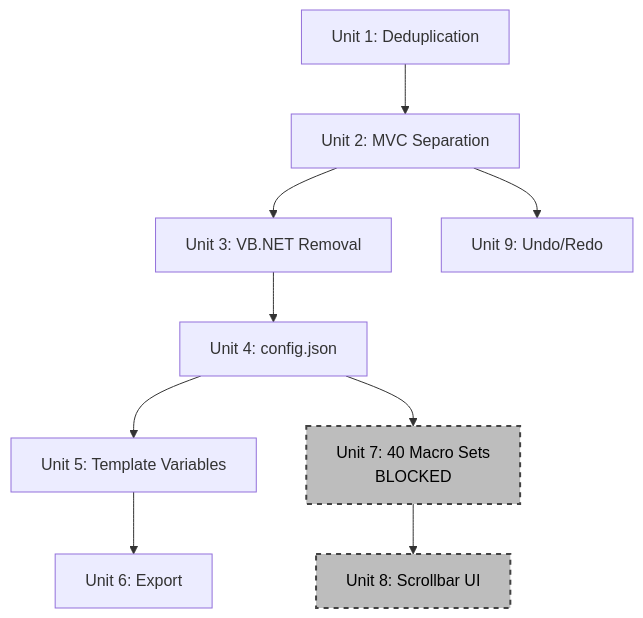
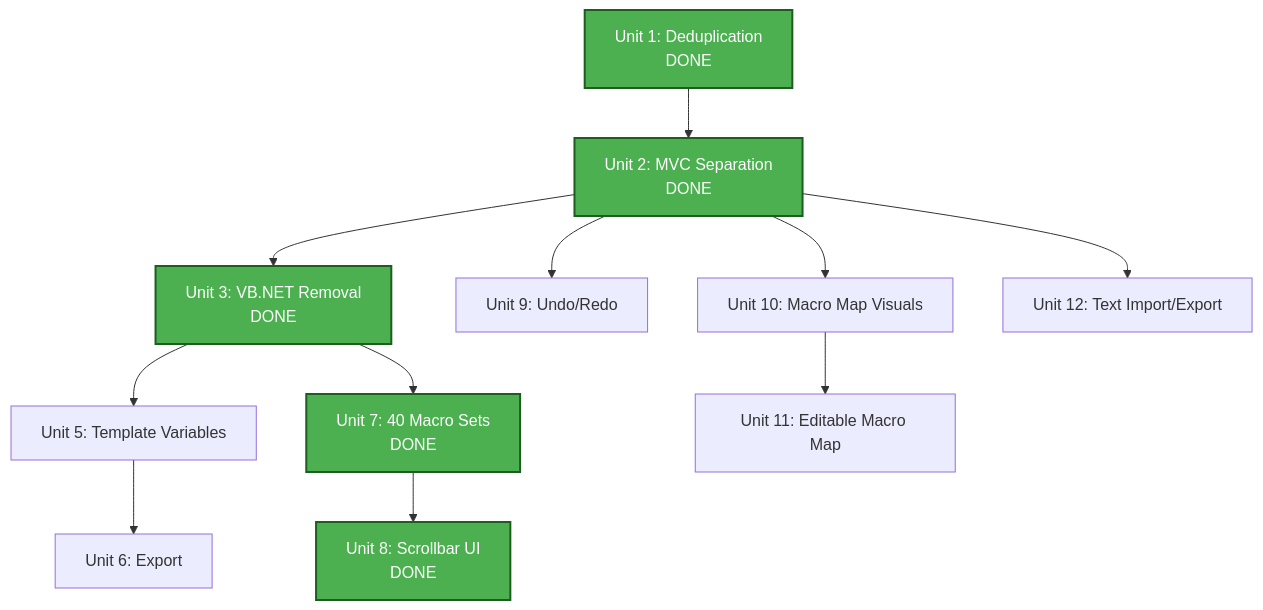
The diagram in aidlc-docs/inception/application-design/unit-of-work-dependency.md (alicestellar/MacroEditor), drawn with Mermaid before and after one commit. The commit also changed other lines of this file and 7 other files, not shown here.

````diff
--- a/aidlc-docs/inception/application-design/unit-of-work-dependency.md
+++ b/aidlc-docs/inception/application-design/unit-of-work-dependency.md
@@ -5,24 +5,31 @@
 ```mermaid
 flowchart TD
-    U1["Unit 1: Deduplication"]
-    U2["Unit 2: MVC Separation"]
-    U3["Unit 3: VB.NET Removal"]
-    U4["Unit 4: config.json"]
+    U1["Unit 1: Deduplication<br/>DONE"]
+    U2["Unit 2: MVC Separation<br/>DONE"]
+    U3["Unit 3: VB.NET Removal<br/>DONE"]
     U5["Unit 5: Template Variables"]
     U6["Unit 6: Export"]
-    U7["Unit 7: 40 Macro Sets<br/>BLOCKED"]
-    U8["Unit 8: Scrollbar UI"]
+    U7["Unit 7: 40 Macro Sets<br/>DONE"]
+    U8["Unit 8: Scrollbar UI<br/>DONE"]
     U9["Unit 9: Undo/Redo"]
+    U10["Unit 10: Macro Map Visuals"]
+    U11["Unit 11: Editable Macro Map"]
+    U12["Unit 12: Text Import/Export"]
 
     U1 --> U2
     U2 --> U3
-    U3 --> U4
-    U4 --> U5
+    U3 --> U5
     U5 --> U6
-    U4 --> U7
+    U3 --> U7
     U7 --> U8
     U2 --> U9
+    U2 --> U10
+    U10 --> U11
+    U2 --> U12
 
-    style U7 fill:#BDBDBD,stroke:#424242,stroke-width:2px,stroke-dasharray: 5 5,color:#000
-    style U8 fill:#BDBDBD,stroke:#424242,stroke-width:2px,stroke-dasharray: 5 5,color:#000
+    style U1 fill:#4CAF50,stroke:#1B5E20,stroke-width:2px,color:#fff
+    style U2 fill:#4CAF50,stroke:#1B5E20,stroke-width:2px,color:#fff
+    style U3 fill:#4CAF50,stroke:#1B5E20,stroke-width:2px,color:#fff
+    style U7 fill:#4CAF50,stroke:#1B5E20,stroke-width:2px,color:#fff
+    style U8 fill:#4CAF50,stroke:#1B5E20,stroke-width:2px,color:#fff
 ```
````
